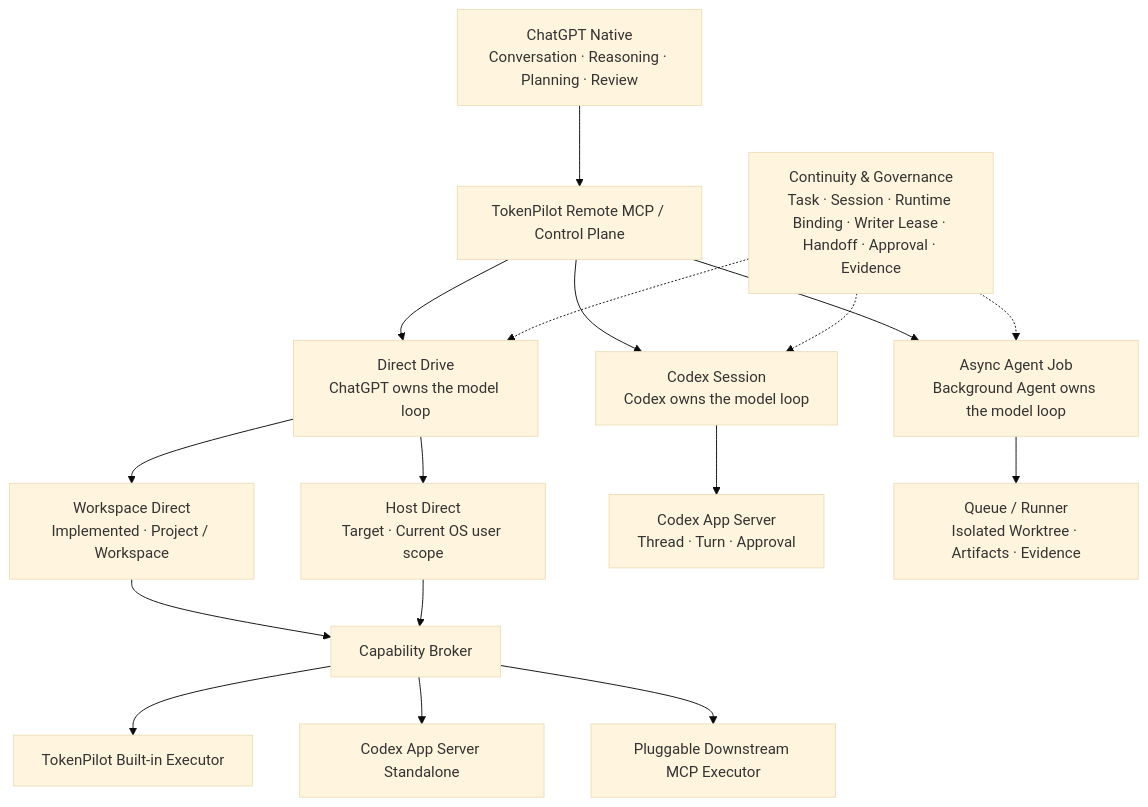
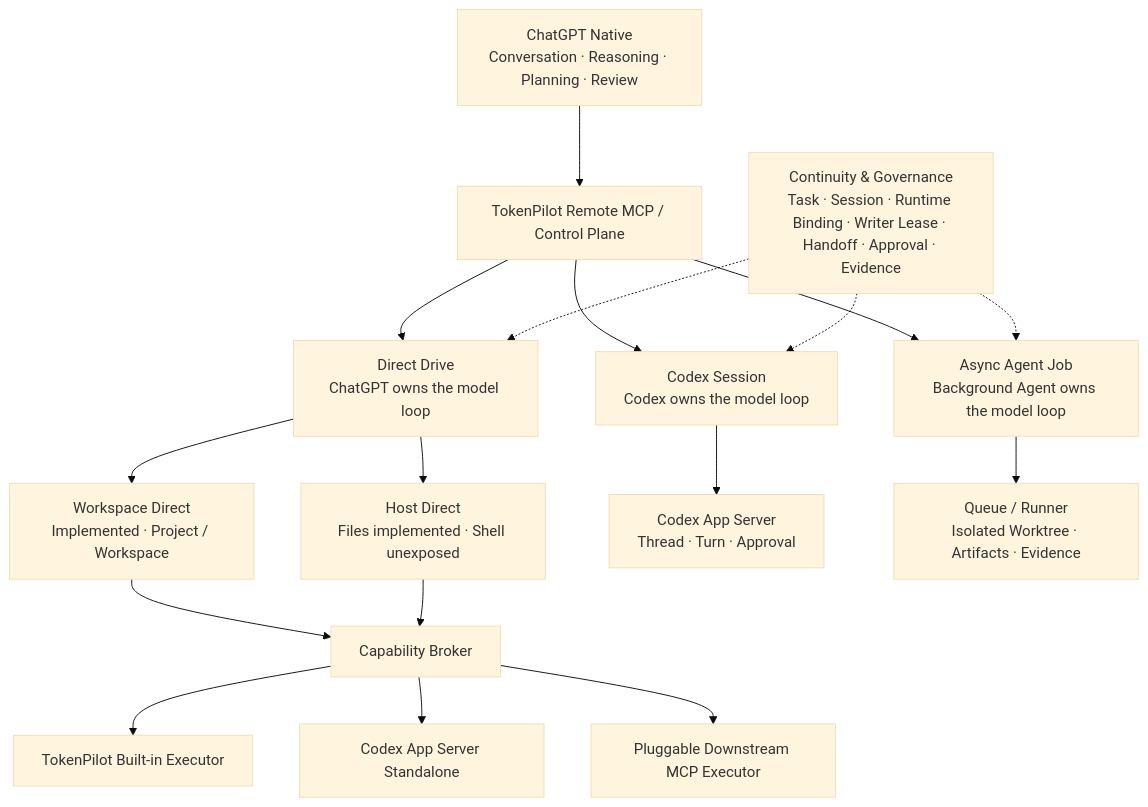
Before and after one commit to wuaishare/ChatCockpit: the diagram in README.en.md, drawn with Mermaid (base theme). The commit also changed other lines of this file and 12 other files, not shown here.

First line of the commit message:
收口 Host Direct Mutation 第一阶段发布合同

````diff
--- a/README.en.md
+++ b/README.en.md
@@ -23,24 +23,24 @@
 ```mermaid
 flowchart TB
     Chat["ChatGPT Native<br/>Conversation · Reasoning · Planning · Review"] --> MCP["TokenPilot Remote MCP / Control Plane"]
 
     MCP --> Direct["Direct Drive<br/>ChatGPT owns the model loop"]
     MCP --> Codex["Codex Session<br/>Codex owns the model loop"]
     MCP --> Async["Async Agent Job<br/>Background Agent owns the model loop"]
 
     Direct --> Workspace["Workspace Direct<br/>Implemented · Project / Workspace"]
-    Direct --> Host["Host Direct<br/>Target · Current OS user scope"]
+    Direct --> Host["Host Direct<br/>Files implemented · Shell unexposed"]
 
     Workspace --> Broker["Capability Broker"]
     Host --> Broker
     Broker --> BuiltIn["TokenPilot Built-in Executor"]
     Broker --> Standalone["Codex App Server Standalone"]
     Broker --> Downstream["Pluggable Downstream MCP Executor"]
 
     Codex --> AppServer["Codex App Server<br/>Thread · Turn · Approval"]
     Async --> Runner["Queue / Runner<br/>Isolated Worktree · Artifacts · Evidence"]
 
     Governance["Continuity & Governance<br/>Task · Session · Runtime Binding · Writer Lease · Handoff · Approval · Evidence"] -.-> Direct
     Governance -.-> Codex
     Governance -.-> Async
 ```
````
